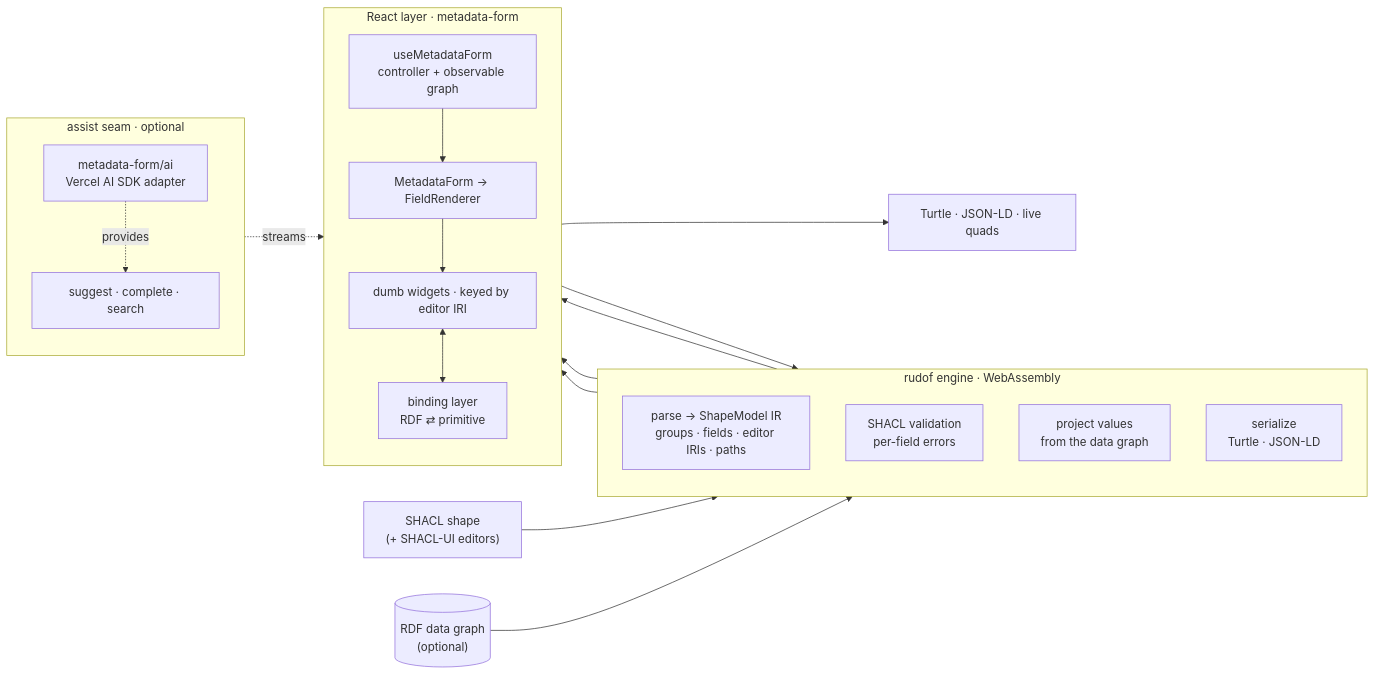
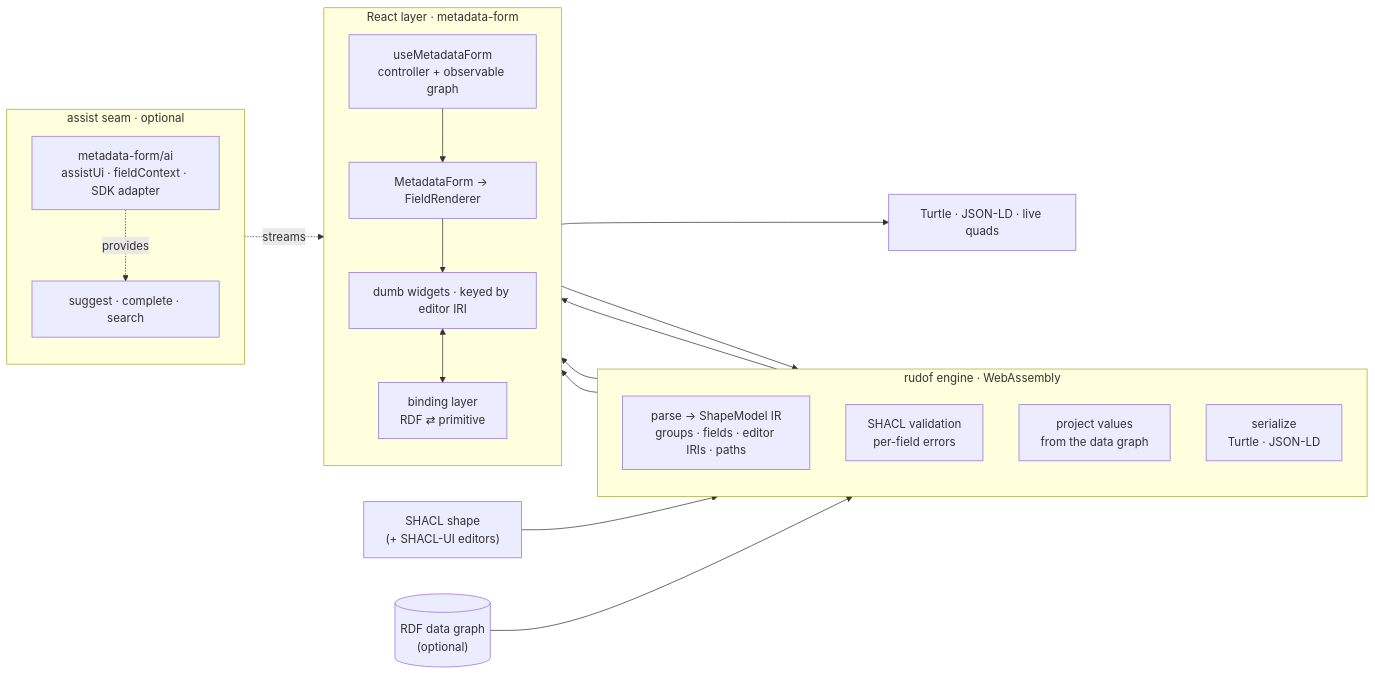
One commit to Kanzo-Tech/metadata-form changed the diagram in README.md. Above: the diagram before and after it, drawn with Mermaid. The commit also changed other lines of this file and 3 other files, not shown here.

````diff
--- a/README.md
+++ b/README.md
@@ -346,39 +328,39 @@
 ```mermaid
 flowchart LR
   shape["SHACL shape<br/>(+ SHACL-UI editors)"]
   data[("RDF data graph<br/>(optional)")]
 
   subgraph engine["rudof engine · WebAssembly"]
     direction TB
     parse["parse → ShapeModel IR<br/>groups · fields · editor IRIs · paths"]
     validate["SHACL validation<br/>per-field errors"]
     project["project values<br/>from the data graph"]
     serialize["serialize<br/>Turtle · JSON-LD"]
   end
 
   subgraph ui["React layer · metadata-form"]
     direction TB
     controller["useMetadataForm<br/>controller + observable graph"]
     form["MetadataForm → FieldRenderer"]
     binding["binding layer<br/>RDF ⇄ primitive"]
     widgets["dumb widgets · keyed by editor IRI"]
     controller --> form --> widgets
     widgets <--> binding
   end
 
   subgraph assist["assist seam · optional"]
     direction TB
     seam["suggest · complete · search"]
-    ai["metadata-form/ai<br/>Vercel AI SDK adapter"]
+    ai["metadata-form/ai<br/>assistUi · fieldContext · SDK adapter"]
     ai -. provides .-> seam
   end
 
   shape --> parse
   data --> project
   parse --> controller
   validate --> controller
   project --> controller
   binding --> serialize
   controller --> out["Turtle · JSON-LD · live quads"]
   seam -. streams .-> widgets
 ```
````
